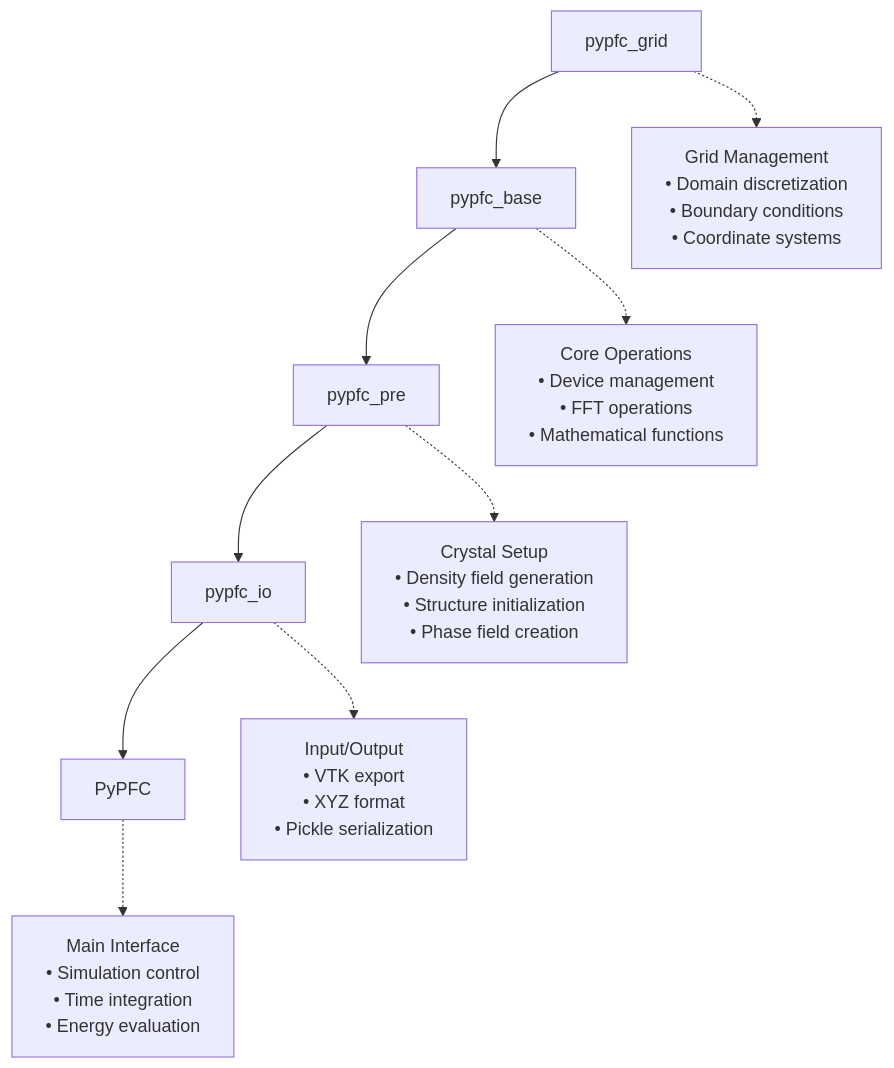
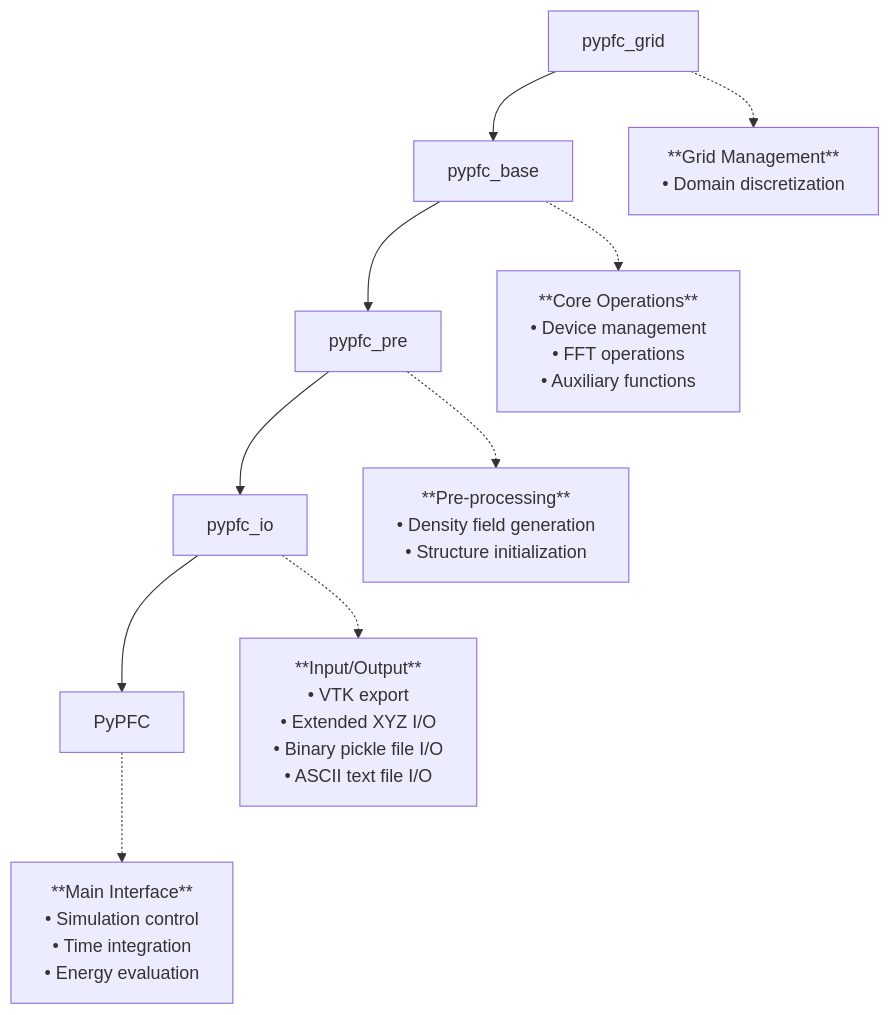
One commit to HHallb/pyPFC changed the diagram in docs/api/core.md. Above: the diagram before and after it, drawn with Mermaid. The commit also changed other lines of this file and 46 other files, not shown here.

````diff
--- a/docs/api/core.md
+++ b/docs/api/core.md
@@ -41,13 +54,13 @@
 ```mermaid
 graph TD
     A[pypfc_grid] --> B[pypfc_base]
     B --> C[pypfc_pre]
     C --> D[pypfc_io]
     D --> E[PyPFC]
     
-    A -.-> F[Grid Management<br/>• Domain discretization<br/>• Boundary conditions<br/>• Coordinate systems]
-    B -.-> G[Core Operations<br/>• Device management<br/>• FFT operations<br/>• Mathematical functions]
-    C -.-> H[Crystal Setup<br/>• Density field generation<br/>• Structure initialization<br/>• Phase field creation]
-    D -.-> I[Input/Output<br/>• VTK export<br/>• XYZ format<br/>• Pickle serialization]
-    E -.-> J[Main Interface<br/>• Simulation control<br/>• Time integration<br/>• Energy evaluation]
+    A -.-> F[**Grid Management**<br/>• Domain discretization<br/>]
+    B -.-> G[**Core Operations**<br/>• Device management<br/>• FFT operations<br/>• Auxiliary functions]
+    C -.-> H[**Pre-processing**<br/>• Density field generation<br/>• Structure initialization<br/>]
+    D -.-> I[**Input/Output**<br/>• VTK export<br/>• Extended XYZ I/O<br/>• Binary pickle file I/O<br/>• ASCII text file I/O]
+    E -.-> J[**Main Interface**<br/>• Simulation control<br/>• Time integration<br/>• Energy evaluation]
 ```
````
